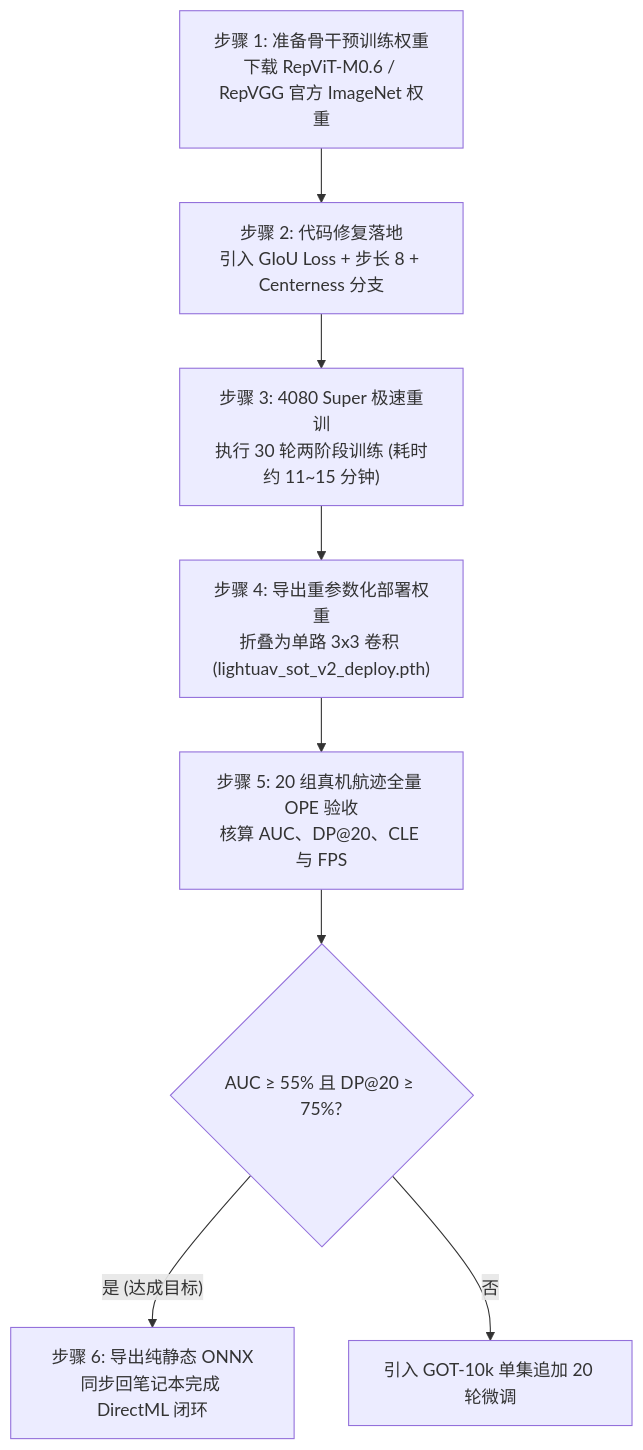
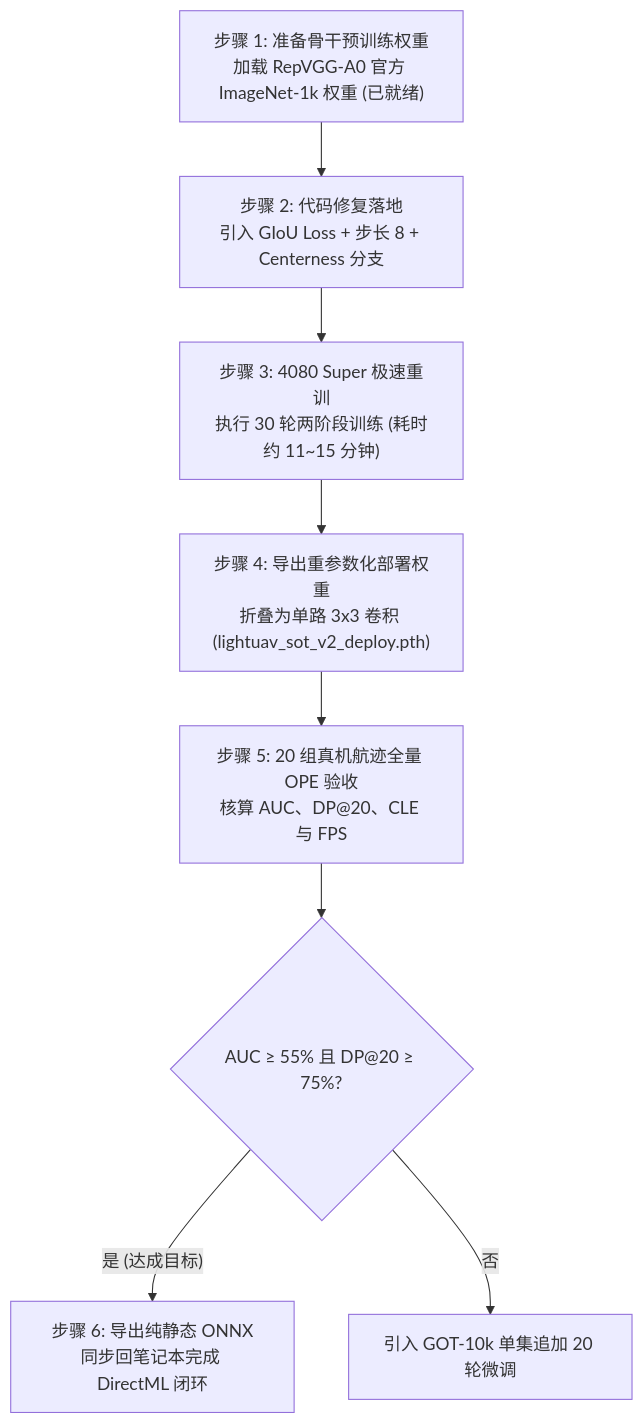
One commit to soranokiseki1437/nanhu_RGB_PTZ changed the second of 2 diagrams in 待执行方案/04B_基于预训练骨干初始化与尺度回归修复的SOT重训方案.md. Above: the diagram before and after it, drawn with Mermaid. The commit also changed other lines of this file and 1 other file, not shown here.

Commit message:
docs(sot): enrich Scheme 04B with RepVGG-A0 alignment details and readiness checklist

````diff
--- a/待执行方案/04B_基于预训练骨干初始化与尺度回归修复的SOT重训方案.md
+++ b/待执行方案/04B_基于预训练骨干初始化与尺度回归修复的SOT重训方案.md
@@ -119,10 +157,10 @@
 ```mermaid
 flowchart TD
-    A["步骤 1: 准备骨干预训练权重<br/>下载 RepViT-M0.6 / RepVGG 官方 ImageNet 权重"] --> B["步骤 2: 代码修复落地<br/>引入 GIoU Loss + 步长 8 + Centerness 分支"]
+    A["步骤 1: 准备骨干预训练权重<br/>加载 RepVGG-A0 官方 ImageNet-1k 权重 (已就绪)"] --> B["步骤 2: 代码修复落地<br/>引入 GIoU Loss + 步长 8 + Centerness 分支"]
     B --> C["步骤 3: 4080 Super 极速重训<br/>执行 30 轮两阶段训练 (耗时约 11~15 分钟)"]
     C --> D["步骤 4: 导出重参数化部署权重<br/>折叠为单路 3x3 卷积 (lightuav_sot_v2_deploy.pth)"]
     D --> E["步骤 5: 20 组真机航迹全量 OPE 验收<br/>核算 AUC、DP@20、CLE 与 FPS"]
     E --> F{"AUC ≥ 55% 且 DP@20 ≥ 75%?"}
     F -->|"是 (达成目标)"| G["步骤 6: 导出纯静态 ONNX<br/>同步回笔记本完成 DirectML 闭环"]
     F -->|"否"| H["引入 GOT-10k 单集追加 20 轮微调"]
 ```
````
